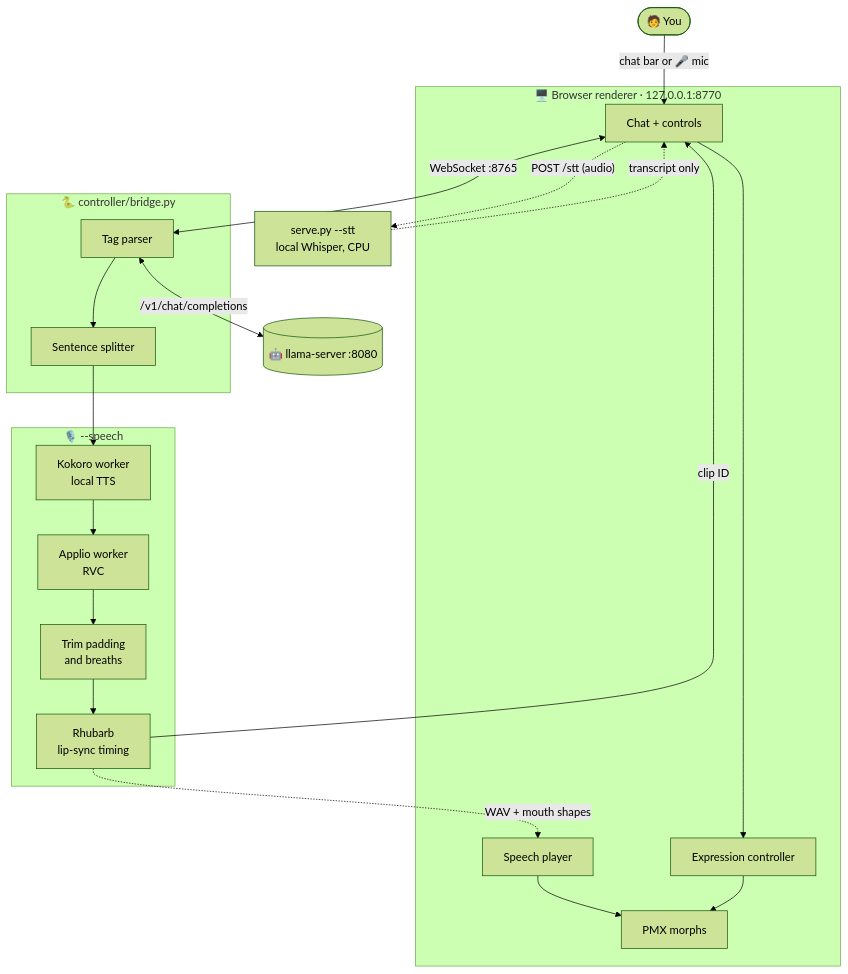
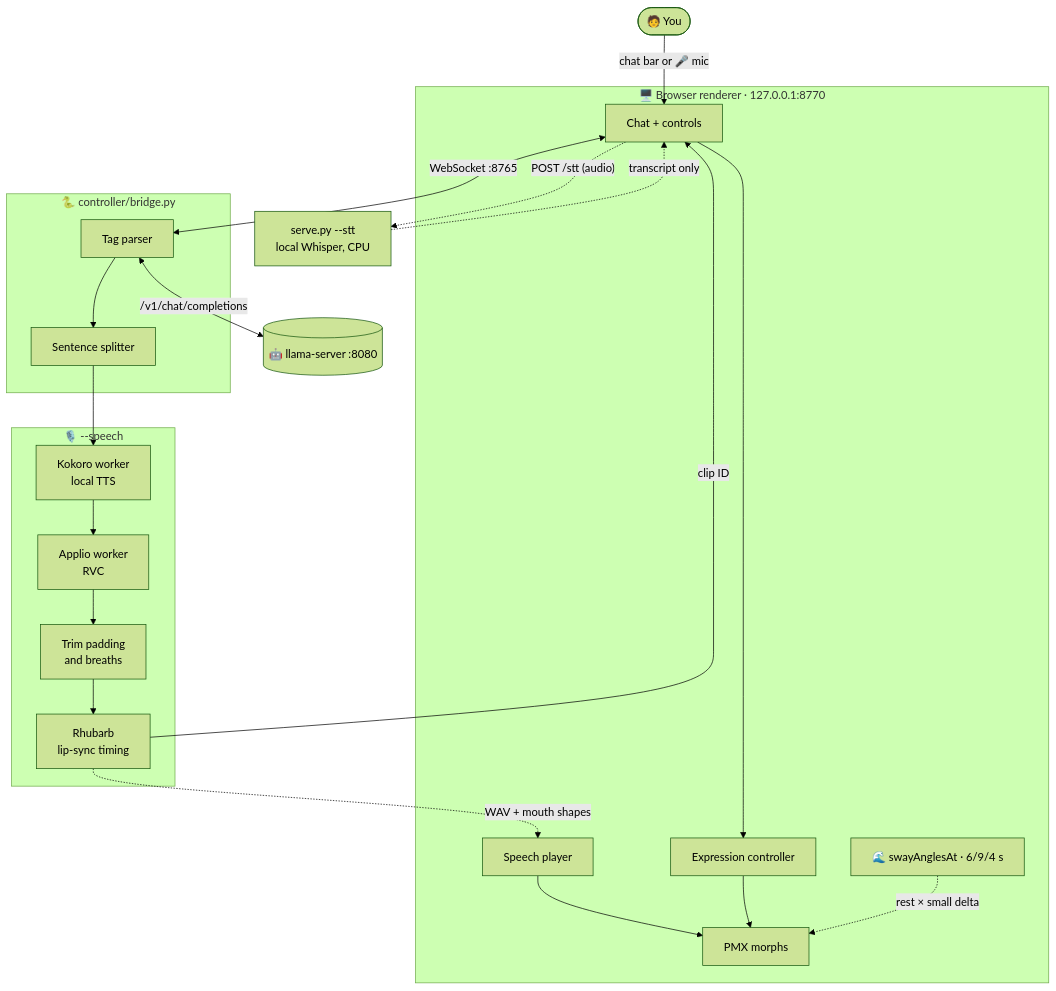
The first of 2 diagrams in README.md (arctic-cheetah/AI-Avatar-PMX-MMD), drawn with Mermaid (forest theme) before and after one commit. The commit also changed other lines of this file and 1 other file, not shown here.

Commit message:
docs: document body sway in README and architecture-v2 for issue #4

````diff
--- a/README.md
+++ b/README.md
@@ -20,24 +21,25 @@
 ```mermaid
 flowchart TD
     U([🧑 You]) -->|chat bar or 🎤 mic| R
     subgraph Browser["🖥️ Browser renderer · 127.0.0.1:8770"]
         R[Chat + controls] --> E[Expression controller]
         P[Speech player] --> M[PMX morphs]
         E --> M
+        SW[🌊 swayAnglesAt · 6/9/4 s] -.->|rest × small delta| M
     end
     R <-->|WebSocket :8765| B
     R -.->|"POST /stt (audio)"| V[serve.py --stt<br/>local Whisper, CPU]
     V -.->|transcript only| R
     subgraph Bridge["🐍 controller/bridge.py"]
         B[Tag parser] --> S[Sentence splitter]
     end
     B <-->|"/v1/chat/completions"| L[(🤖 llama-server :8080)]
     S --> W
     subgraph Speech["🎙️ --speech"]
         W[Kokoro worker<br/>local TTS] --> C[Applio worker<br/>RVC]
         C --> T[Trim padding<br/>and breaths]
         T --> A[Rhubarb<br/>lip-sync timing]
     end
     A -->|clip ID| R
     A -.->|WAV + mouth shapes| P
 ```
````
